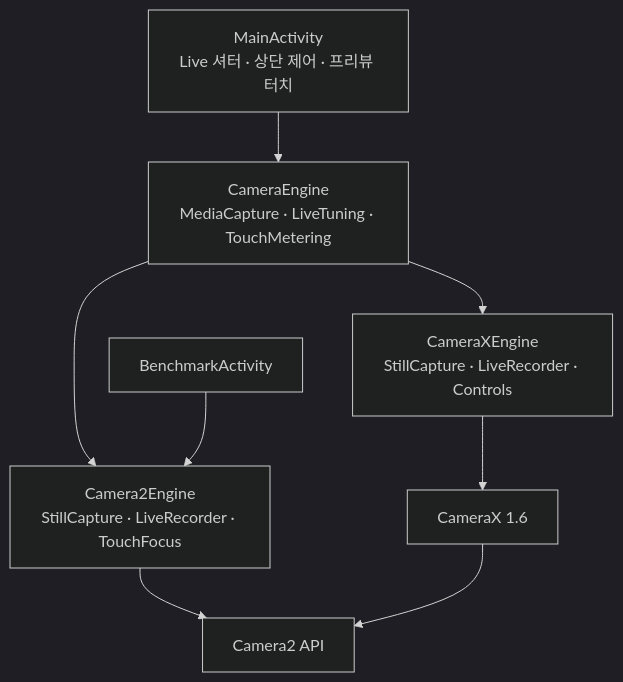
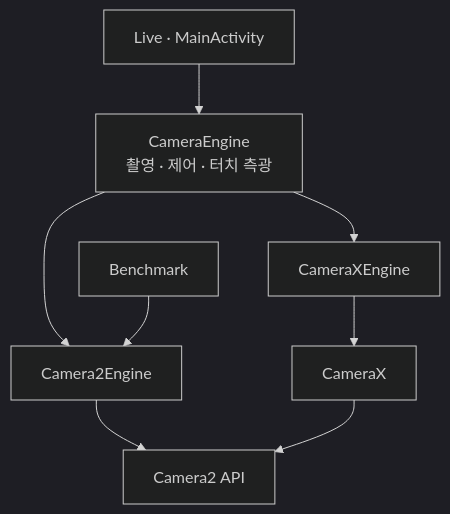
One commit to TTolsun/hal-camera changed the diagram in guide/engine.md. Above: the diagram before and after it, drawn with Mermaid (dark theme). The commit also changed other lines of this file and 47 other files, not shown here.

Commit message:
Unify documentation design and improve diagram readability

````diff
--- a/guide/engine.md
+++ b/guide/engine.md
@@ -20,10 +20,10 @@
 ```mermaid
 flowchart TB
-    live["MainActivity<br/>Live 셔터 · 상단 제어 · 프리뷰 터치"] --> contract["CameraEngine<br/>MediaCapture · LiveTuning · TouchMetering"]
-    contract --> c2["Camera2Engine<br/>StillCapture · LiveRecorder · TouchFocus"]
-    contract --> cx["CameraXEngine<br/>StillCapture · LiveRecorder · Controls"]
-    bench["BenchmarkActivity"] --> c2
-    cx --> camx["CameraX 1.6"]
+    live["Live · MainActivity"] --> contract["CameraEngine<br/>촬영 · 제어 · 터치 측광"]
+    contract --> c2["Camera2Engine"]
+    contract --> cx["CameraXEngine"]
+    bench["Benchmark"] --> c2
+    cx --> camx["CameraX"]
     c2 --> fw["Camera2 API"]
     camx --> fw
 ```
````
